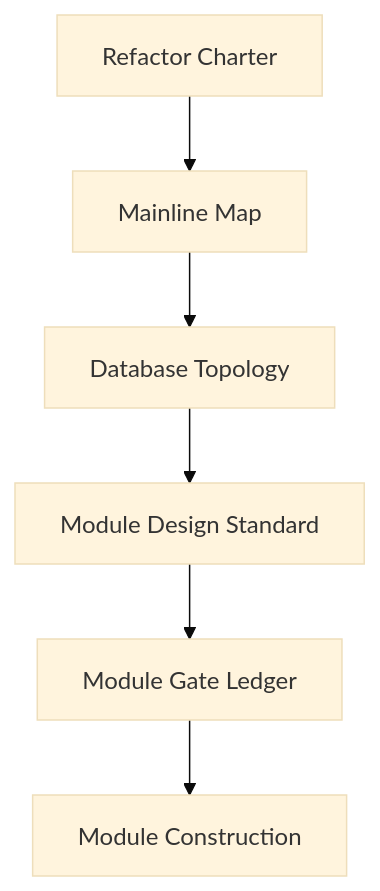
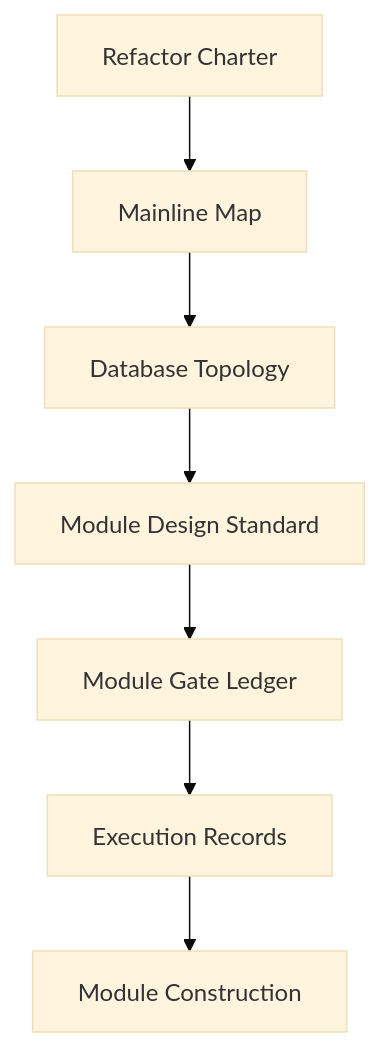
The diagram in docs/README.md (everything-is-simple/Asteria), drawn with Mermaid (base theme) before and after one commit. The commit also changed other lines of this file and 19 other files, not shown here.

Commit message:
Refresh execution records authority chain

````diff
--- a/docs/README.md
+++ b/docs/README.md
@@ -5,8 +5,9 @@
 ```mermaid
 flowchart TD
     A[Refactor Charter] --> B[Mainline Map]
     B --> C[Database Topology]
     C --> D[Module Design Standard]
     D --> E[Module Gate Ledger]
-    E --> F[Module Construction]
+    E --> F[Execution Records]
+    F --> G[Module Construction]
 ```
````
